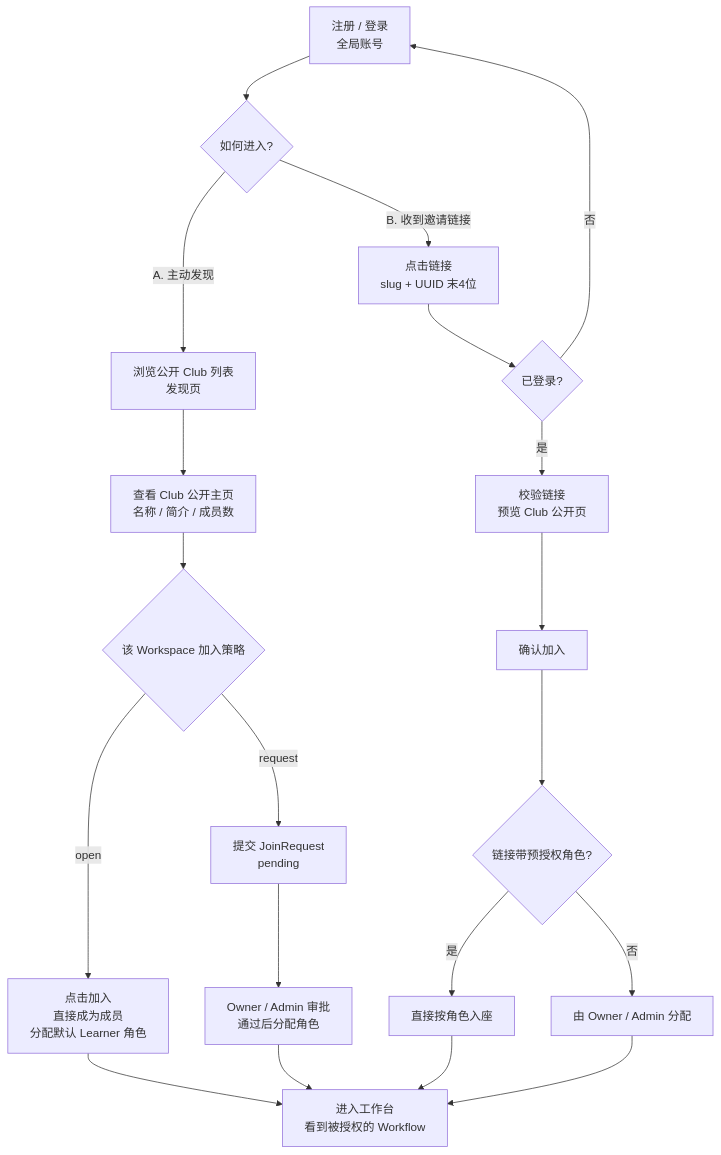
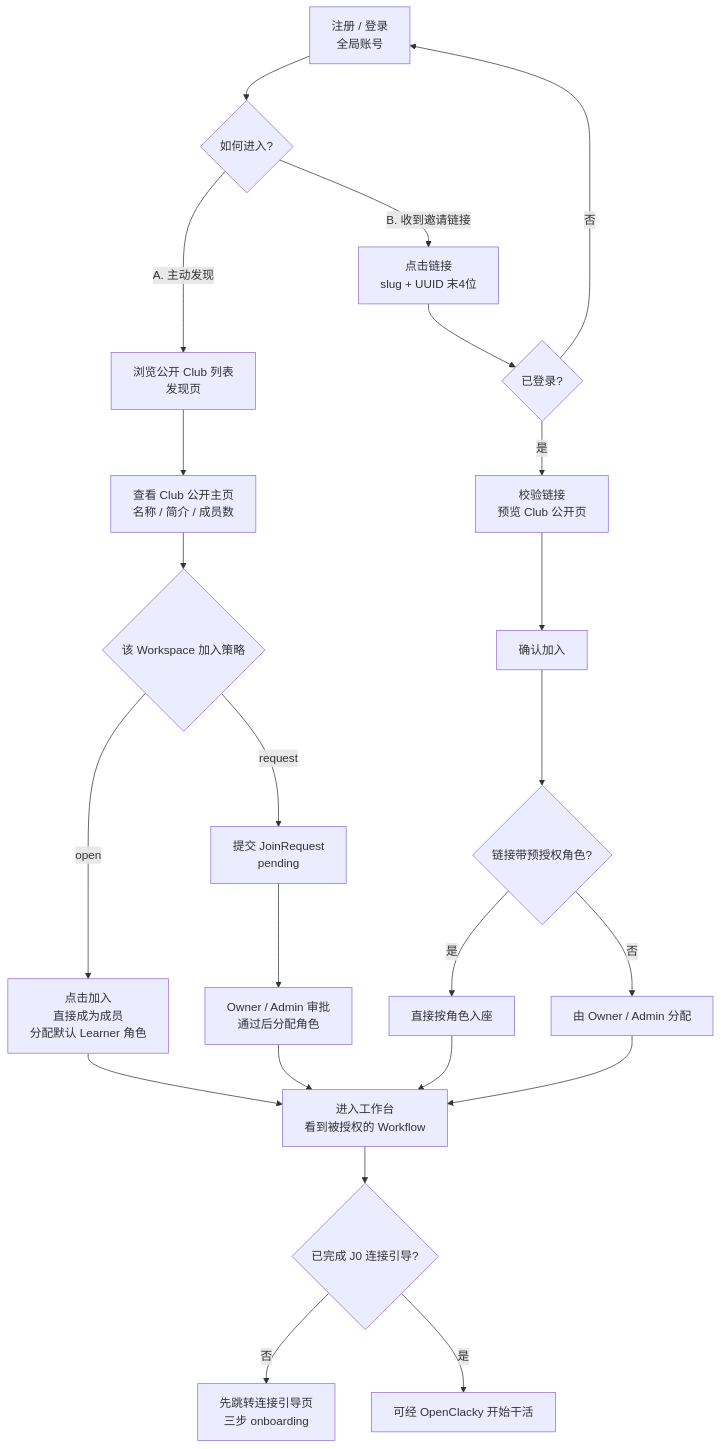
One commit to CodingGirlsClub/cgc_2046 changed the second of 5 diagrams in docs/用户旅程与Web功能清单.md. Above: the diagram before and after it, drawn with Mermaid. The commit also changed other lines of this file and 6 other files, not shown here.

````diff
--- a/docs/用户旅程与Web功能清单.md
+++ b/docs/用户旅程与Web功能清单.md
@@ -13,25 +36,28 @@
 ```mermaid
 flowchart TD
     A[注册 / 登录<br/>全局账号] --> B{如何进入?}
 
     %% 路径 A:主动发现
     B -->|A. 主动发现| C[浏览公开 Club 列表<br/>发现页]
     C --> D[查看 Club 公开主页<br/>名称 / 简介 / 成员数]
     D --> E{该 Workspace 加入策略}
     E -->|open| F[点击加入<br/>直接成为成员<br/>分配默认 Learner 角色]
     E -->|request| G[提交 JoinRequest<br/>pending]
     G --> H[Owner / Admin 审批<br/>通过后分配角色]
     %% invite_only 空间不可被发现,不会出现在发现页/公开主页,无需此分支
 
     %% 路径 B:邀请链接
     B -->|B. 收到邀请链接| J[点击链接<br/>slug + UUID 末4位]
     J --> K{已登录?}
     K -->|否| A
     K -->|是| L[校验链接<br/>预览 Club 公开页]
     L --> M[确认加入]
     M --> N{链接带预授权角色?}
     N -->|是| O[直接按角色入座]
     N -->|否| P[由 Owner / Admin 分配]
 
     F & H & O & P --> Q[进入工作台<br/>看到被授权的 Workflow]
+    Q --> R{已完成 J0 连接引导?}
+    R -->|否| S[先跳转连接引导页<br/>三步 onboarding]
+    R -->|是| T[可经 OpenClacky 开始干活]
 ```
````
